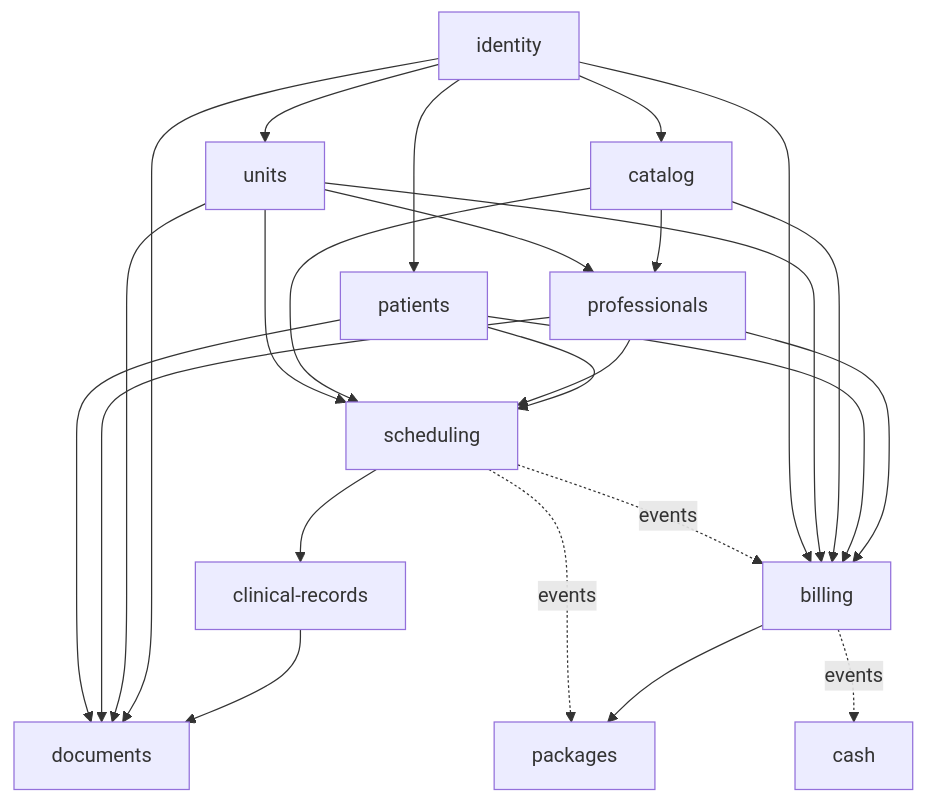
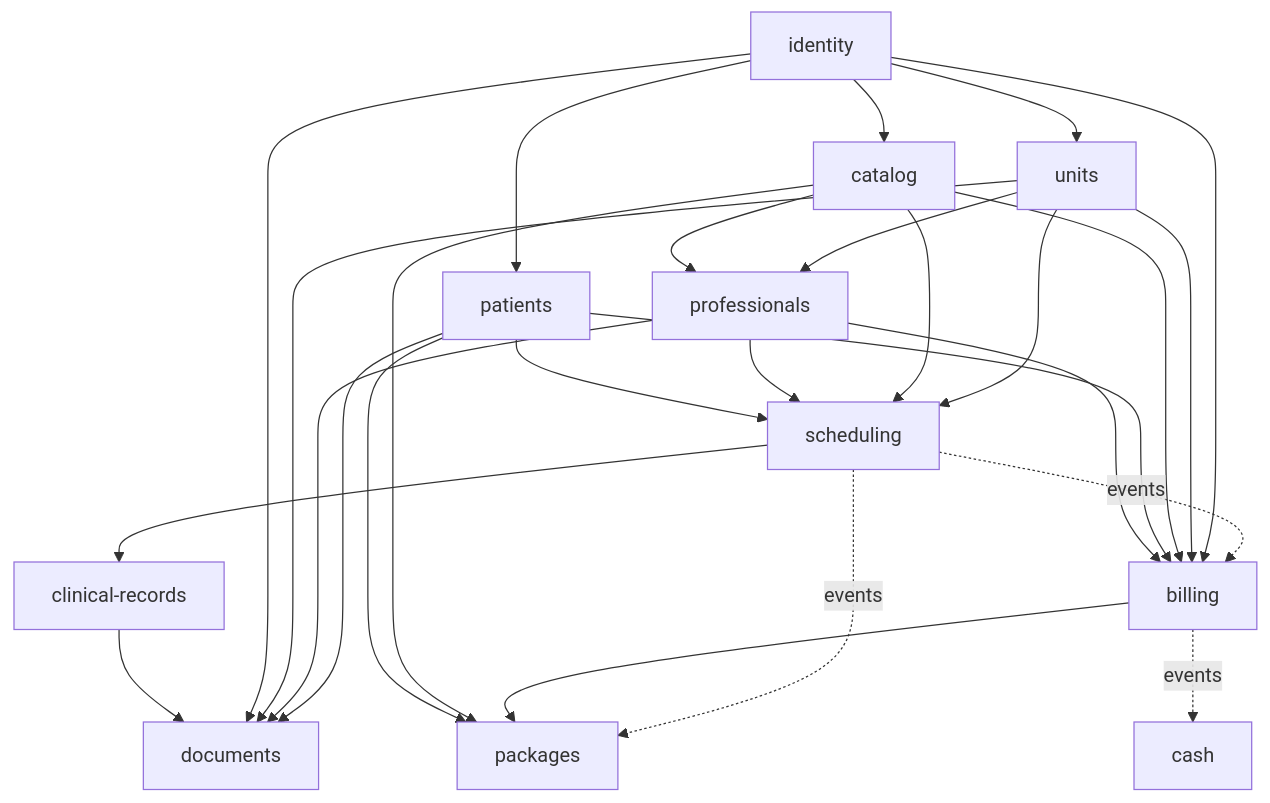
One commit to dennysvf/GCli changed the second of 2 diagrams in docs/architecture.en.md. Above: the diagram before and after it, drawn with Mermaid. The commit also changed other lines of this file and 91 other files, not shown here.

````diff
--- a/docs/architecture.en.md
+++ b/docs/architecture.en.md
@@ -74,27 +74,29 @@
 ```mermaid
 graph TD
   identity --> units
   identity --> catalog
   identity --> patients
   units --> professionals
   catalog --> professionals
   units --> scheduling
   catalog --> scheduling
   professionals --> scheduling
   patients --> scheduling
   scheduling --> clinical-records
   scheduling -. events .-> billing
   scheduling -. events .-> packages
   billing --> packages
+  catalog --> packages
+  patients --> packages
   billing -. events .-> cash
   patients --> documents
   professionals --> documents
   units --> documents
   identity --> documents
   clinical-records --> documents
   identity --> billing
   units --> billing
   catalog --> billing
   patients --> billing
   professionals --> billing
 ```
````
